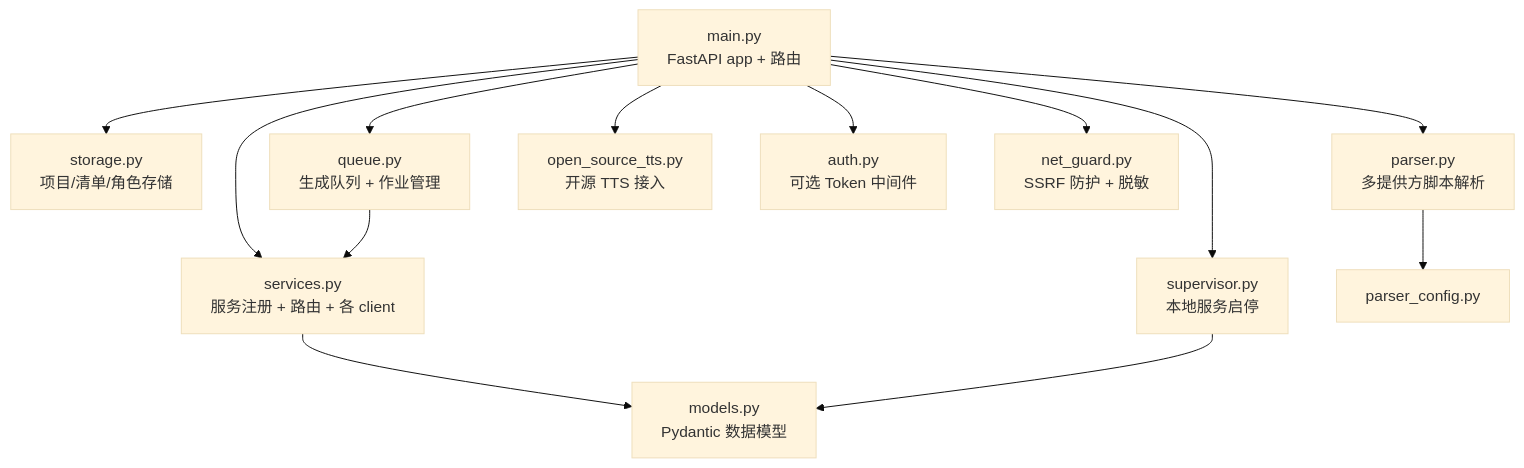
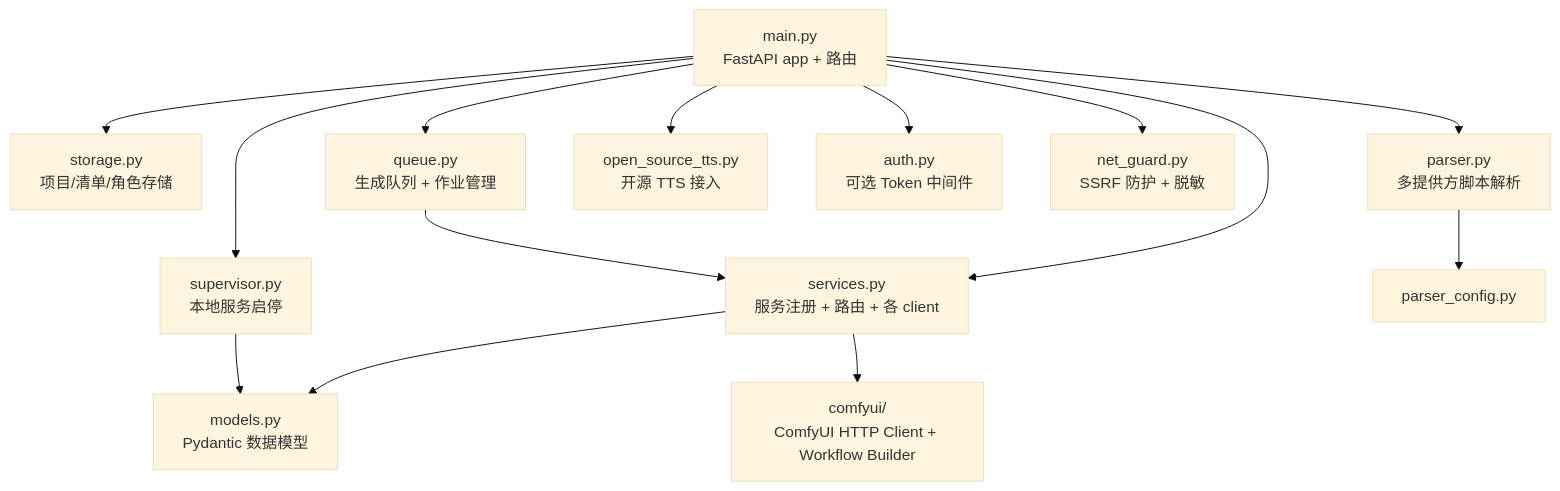
One commit to XucroYuri/TTS_more changed the second of 3 diagrams in docs/architecture.md. Above: the diagram before and after it, drawn with Mermaid (base theme). The commit also changed other lines of this file and 3 other files, not shown here.

Commit message:
docs: add ComfyUI integration guide and update architecture/CHANGELOG

````diff
--- a/docs/architecture.md
+++ b/docs/architecture.md
@@ -25,16 +27,17 @@
 ```mermaid
 flowchart TD
     main[main.py<br/>FastAPI app + 路由]
     main --> storage[storage.py<br/>项目/清单/角色存储]
     main --> services[services.py<br/>服务注册 + 路由 + 各 client]
     main --> queue[queue.py<br/>生成队列 + 作业管理]
     main --> parser[parser.py<br/>多提供方脚本解析]
     main --> supervisor[supervisor.py<br/>本地服务启停]
     main --> open[open_source_tts.py<br/>开源 TTS 接入]
     main --> auth[auth.py<br/>可选 Token 中间件]
     main --> net[net_guard.py<br/>SSRF 防护 + 脱敏]
     services --> models[models.py<br/>Pydantic 数据模型]
+    services --> comfyui[comfyui/<br/>ComfyUI HTTP Client + Workflow Builder]
     queue --> services
     parser --> parser_config[parser_config.py]
     supervisor --> models
 ```
````
